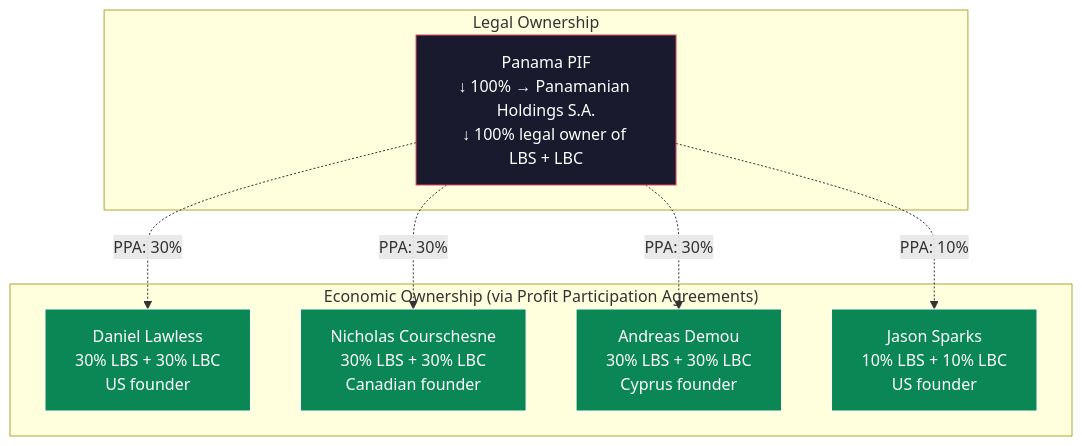
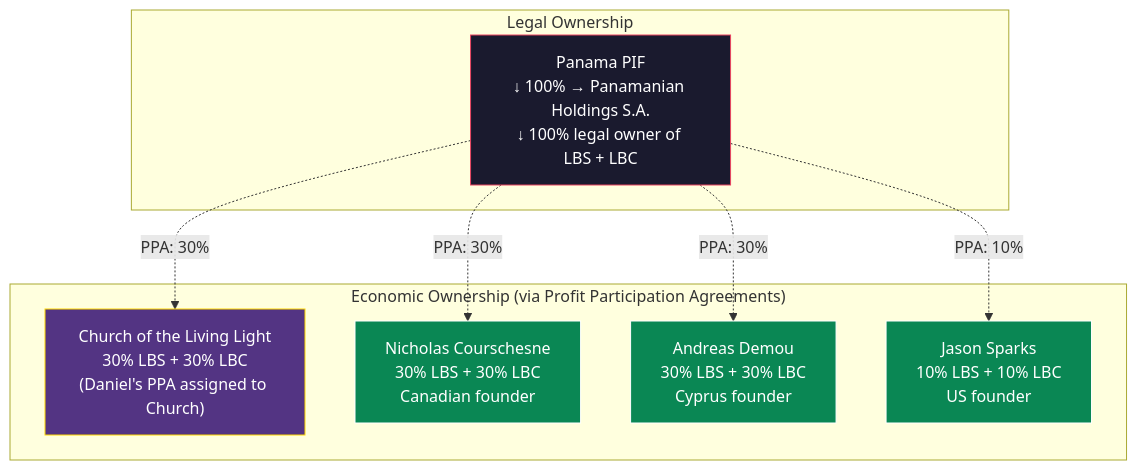
One commit to Light-Brands/epic-center changed the first of 5 diagrams in docs/tax-structure/10-LB-PROFIT-PARTICIPATION-FRAMEWORK.md. Above: the diagram before and after it, drawn with Mermaid. The commit also changed other lines of this file and 4 other files, not shown here.

````diff
--- a/docs/tax-structure/10-LB-PROFIT-PARTICIPATION-FRAMEWORK.md
+++ b/docs/tax-structure/10-LB-PROFIT-PARTICIPATION-FRAMEWORK.md
@@ -17,24 +17,24 @@
 ```mermaid
 graph TB
     subgraph "Legal Ownership"
         PIF["Panama PIF<br/>↓ 100% → Panamanian Holdings S.A.<br/>↓ 100% legal owner of LBS + LBC"]
     end
 
     subgraph "Economic Ownership (via Profit Participation Agreements)"
-        DL["Daniel Lawless<br/>30% LBS + 30% LBC<br/>US founder"]
+        CHURCH["Church of the Living Light<br/>30% LBS + 30% LBC<br/>(Daniel's PPA assigned to Church)"]
         NC["Nicholas Courschesne<br/>30% LBS + 30% LBC<br/>Canadian founder"]
         AD["Andreas Demou<br/>30% LBS + 30% LBC<br/>Cyprus founder"]
         JS["Jason Sparks<br/>10% LBS + 10% LBC<br/>US founder"]
     end
 
-    PIF -.->|"PPA: 30%"| DL
+    PIF -.->|"PPA: 30%"| CHURCH
     PIF -.->|"PPA: 30%"| NC
     PIF -.->|"PPA: 30%"| AD
     PIF -.->|"PPA: 10%"| JS
 
     style PIF fill:#1a1a2e,stroke:#e94560,color:#fff
-    style DL fill:#0a8754,stroke:#fff,color:#fff
+    style CHURCH fill:#533483,stroke:#ffd700,color:#fff
     style NC fill:#0a8754,stroke:#fff,color:#fff
     style AD fill:#0a8754,stroke:#fff,color:#fff
     style JS fill:#0a8754,stroke:#fff,color:#fff
 ```
````
